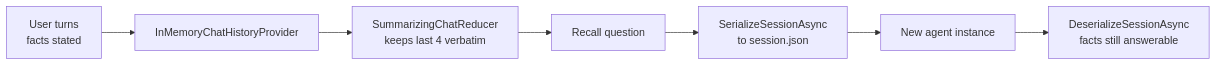
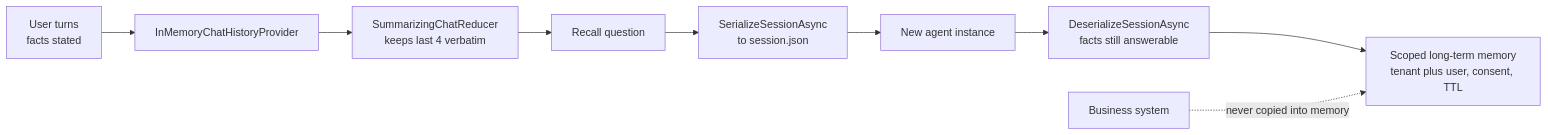
The diagram in PatternExplorer/patterns/MemoryManagement.md (arst/agentic-patterns), drawn with Mermaid before and after one commit. The commit also changed other lines of this file and 17 other files, not shown here.

````diff
--- a/PatternExplorer/patterns/MemoryManagement.md
+++ b/PatternExplorer/patterns/MemoryManagement.md
@@ -45,9 +59,11 @@
 ```mermaid
 flowchart LR
     T[User turns<br/>facts stated] --> H[InMemoryChatHistoryProvider]
     H --> R[SummarizingChatReducer<br/>keeps last 4 verbatim]
     R --> Q[Recall question]
     Q --> S[SerializeSessionAsync<br/>to session.json]
     S --> N[New agent instance]
     N --> D[DeserializeSessionAsync<br/>facts still answerable]
+    D --> L[Scoped long-term memory<br/>tenant plus user, consent, TTL]
+    B[Business system] -. never copied into memory .-> L
 ```
````
